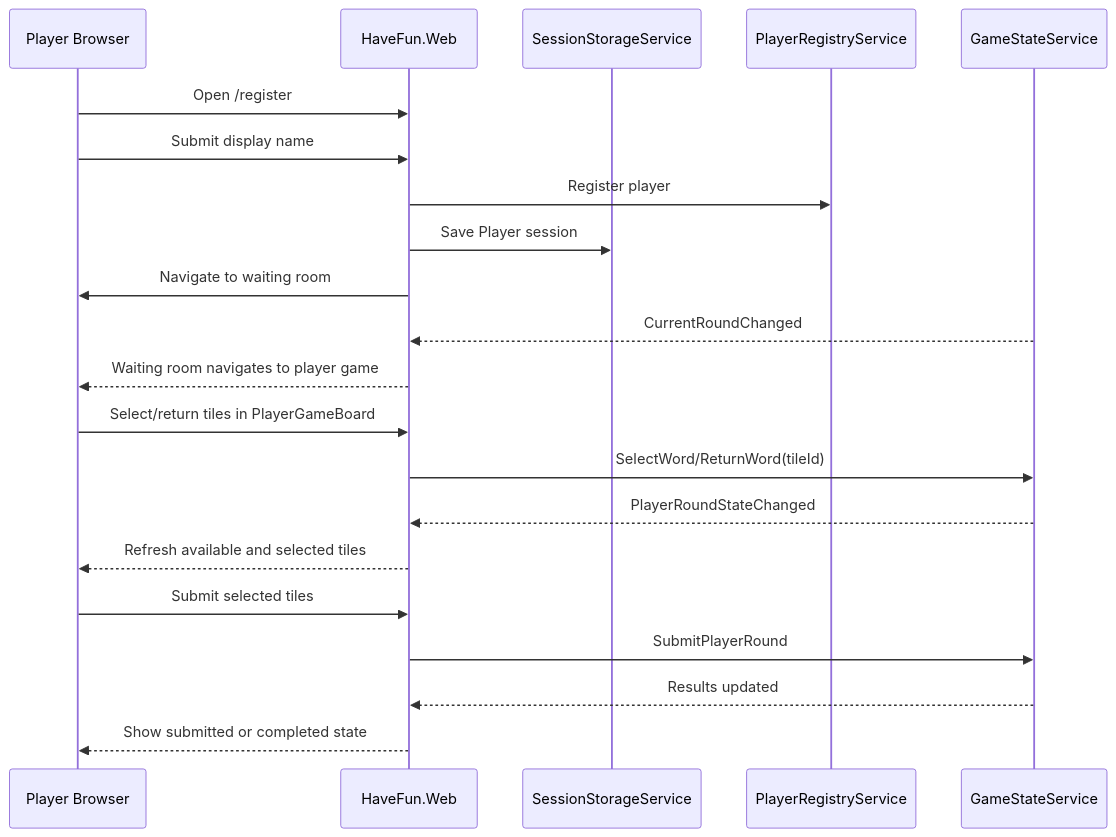
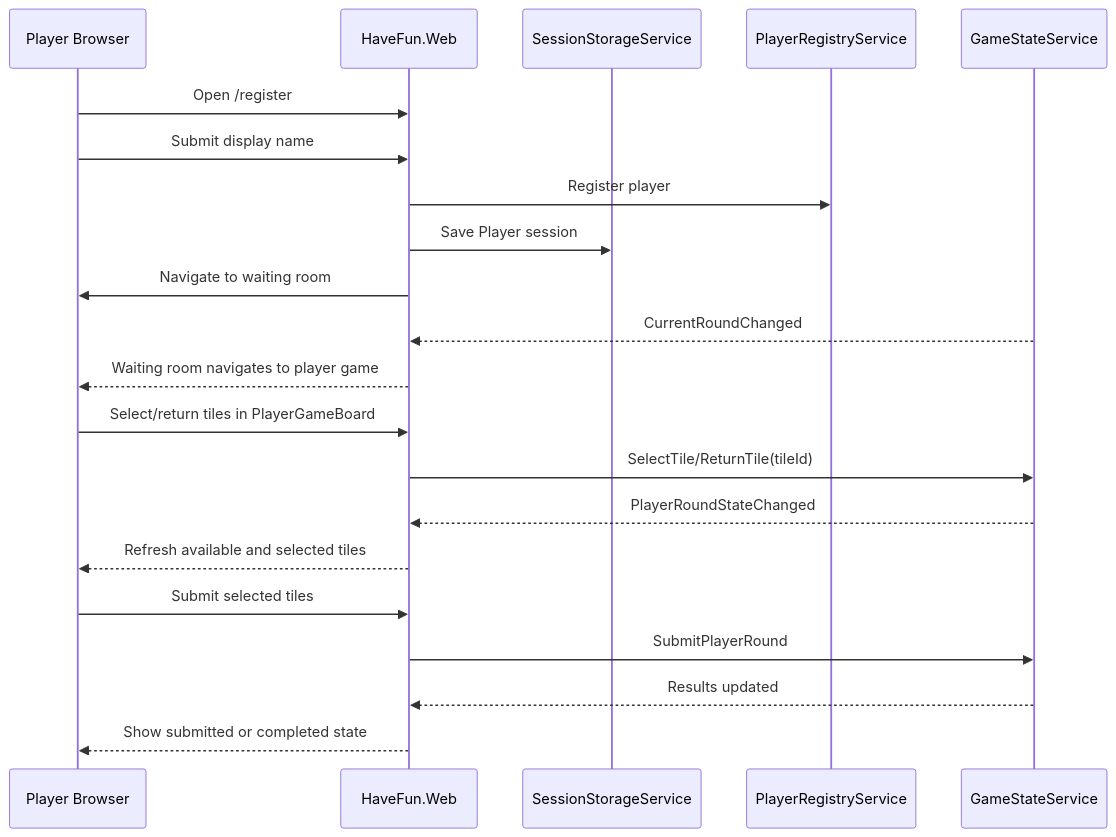
The fourth of 5 diagrams in design/architecture.md (iJustHelp/have-fun), drawn with Mermaid before and after one commit. The commit also changed other lines of this file and 4 other files, not shown here.

````diff
--- a/design/architecture.md
+++ b/design/architecture.md
@@ -93,27 +93,27 @@
 ```mermaid
 sequenceDiagram
     participant P as Player Browser
     participant W as HaveFun.Web
     participant S as SessionStorageService
     participant R as PlayerRegistryService
     participant G as GameStateService
 
     P->>W: Open /register
     P->>W: Submit display name
     W->>R: Register player
     W->>S: Save Player session
     W->>P: Navigate to waiting room
 
     G-->>W: CurrentRoundChanged
     W-->>P: Waiting room navigates to player game
 
     P->>W: Select/return tiles in PlayerGameBoard
-    W->>G: SelectWord/ReturnWord(tileId)
+    W->>G: SelectTile/ReturnTile(tileId)
     G-->>W: PlayerRoundStateChanged
     W-->>P: Refresh available and selected tiles
 
     P->>W: Submit selected tiles
     W->>G: SubmitPlayerRound
     G-->>W: Results updated
     W-->>P: Show submitted or completed state
 ```
````
